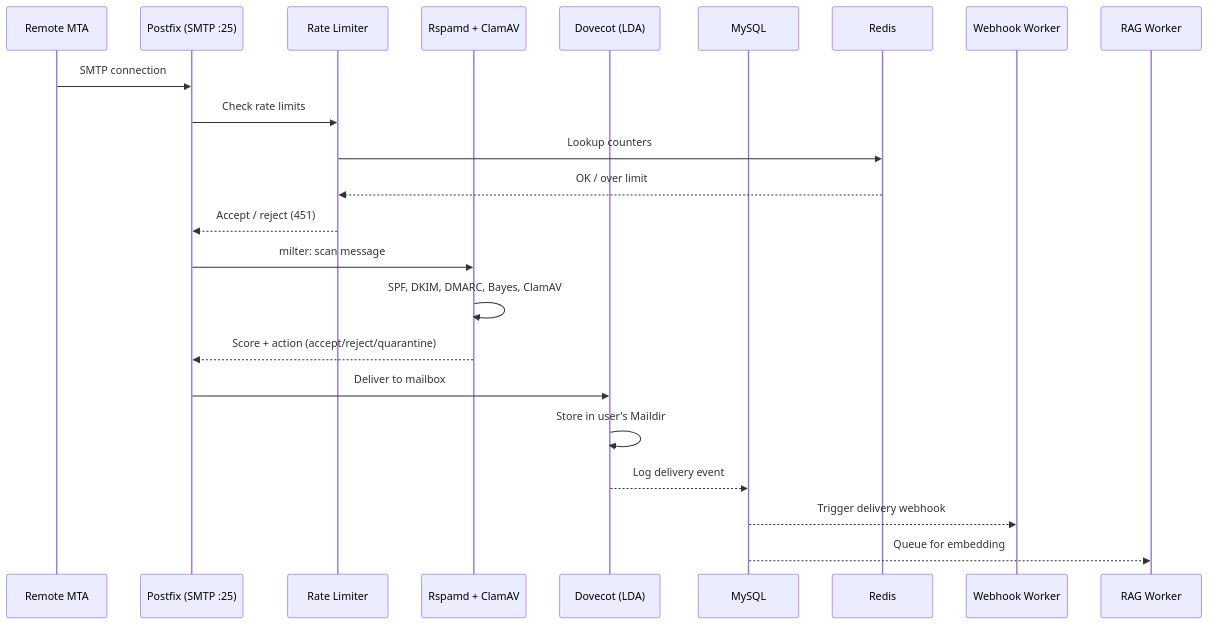
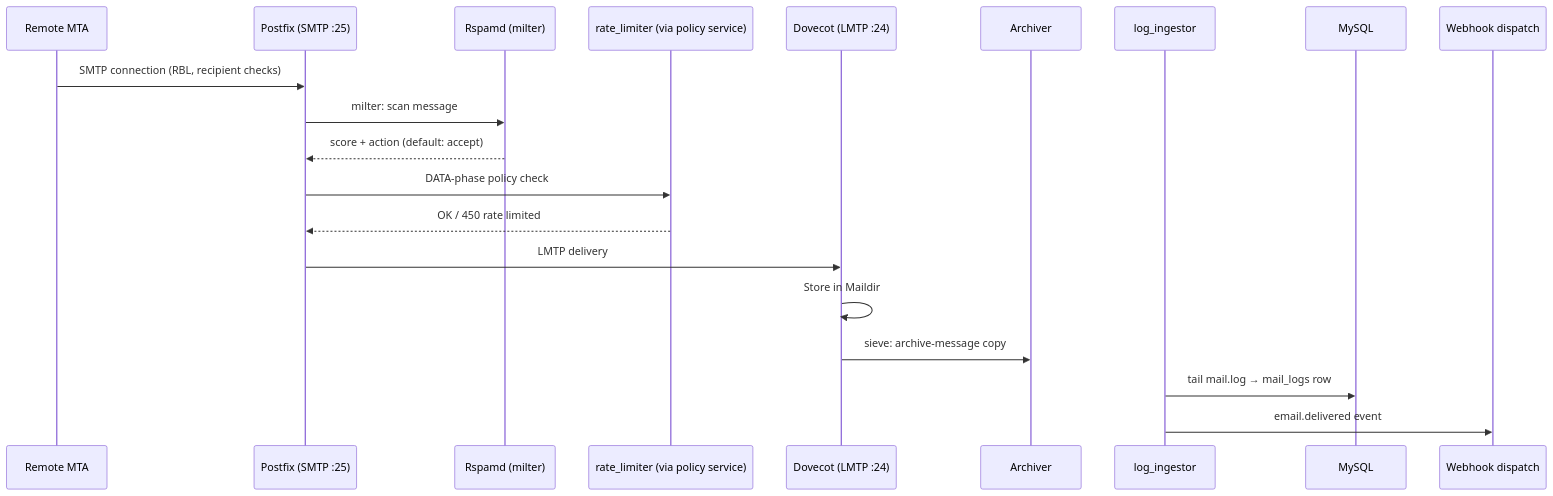
One commit to Techies-Africa/mailyte-mail-server-community changed the first of 2 diagrams in docs/architecture/data-flow.md. Above: the diagram before and after it, drawn with Mermaid. The commit also changed other lines of this file and 481 other files, not shown here.

````diff
--- a/docs/architecture/data-flow.md
+++ b/docs/architecture/data-flow.md
@@ -19,29 +20,23 @@
 ```mermaid
 sequenceDiagram
     participant Sender as Remote MTA
     participant Postfix as Postfix (SMTP :25)
-    participant RL as Rate Limiter
-    participant Rspamd as Rspamd + ClamAV
-    participant Dovecot as Dovecot (LDA)
+    participant Rspamd as Rspamd (milter)
+    participant RL as rate_limiter (via policy service)
+    participant Dovecot as Dovecot (LMTP :24)
+    participant Archiver as Archiver
+    participant LI as log_ingestor
     participant MySQL as MySQL
-    participant Redis as Redis
-    participant Webhooks as Webhook Worker
-    participant RAG as RAG Worker
+    participant Webhooks as Webhook dispatch
 
-    Sender->>Postfix: SMTP connection
-    Postfix->>RL: Check rate limits
-    RL->>Redis: Lookup counters
-    Redis-->>RL: OK / over limit
-    RL-->>Postfix: Accept / reject (451)
-
+    Sender->>Postfix: SMTP connection (RBL, recipient checks)
     Postfix->>Rspamd: milter: scan message
-    Rspamd->>Rspamd: SPF, DKIM, DMARC, Bayes, ClamAV
-    Rspamd-->>Postfix: Score + action (accept/reject/quarantine)
-
-    Postfix->>Dovecot: Deliver to mailbox
-    Dovecot->>Dovecot: Store in user's Maildir
-
-    Dovecot-->>MySQL: Log delivery event
-    MySQL-->>Webhooks: Trigger delivery webhook
-    MySQL-->>RAG: Queue for embedding
+    Rspamd-->>Postfix: score + action (default: accept)
+    Postfix->>RL: DATA-phase policy check
+    RL-->>Postfix: OK / 450 rate limited
+    Postfix->>Dovecot: LMTP delivery
+    Dovecot->>Dovecot: Store in Maildir
+    Dovecot->>Archiver: sieve: archive-message copy
+    LI->>MySQL: tail mail.log → mail_logs row
+    LI->>Webhooks: email.delivered event
 ```
````
